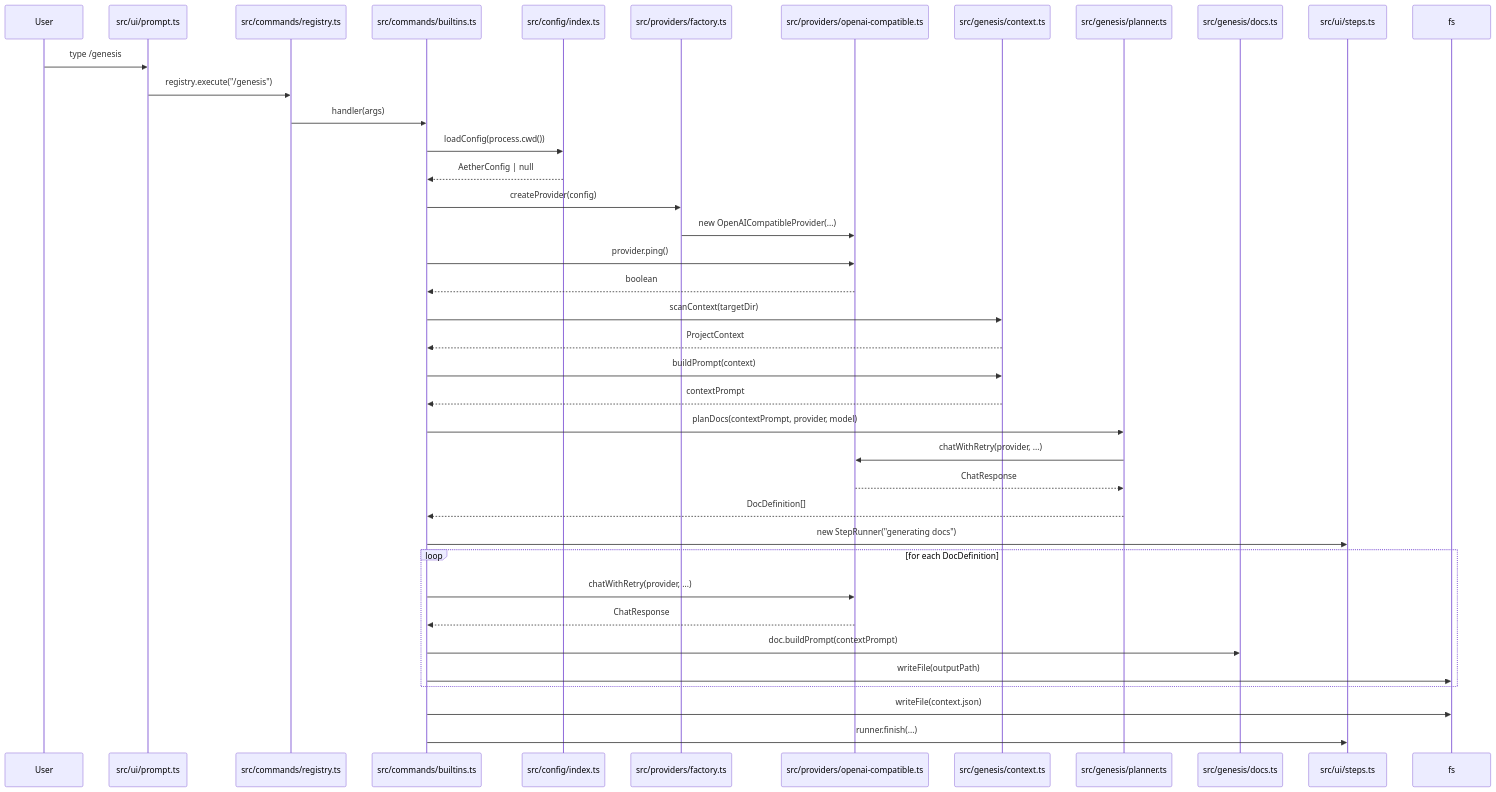
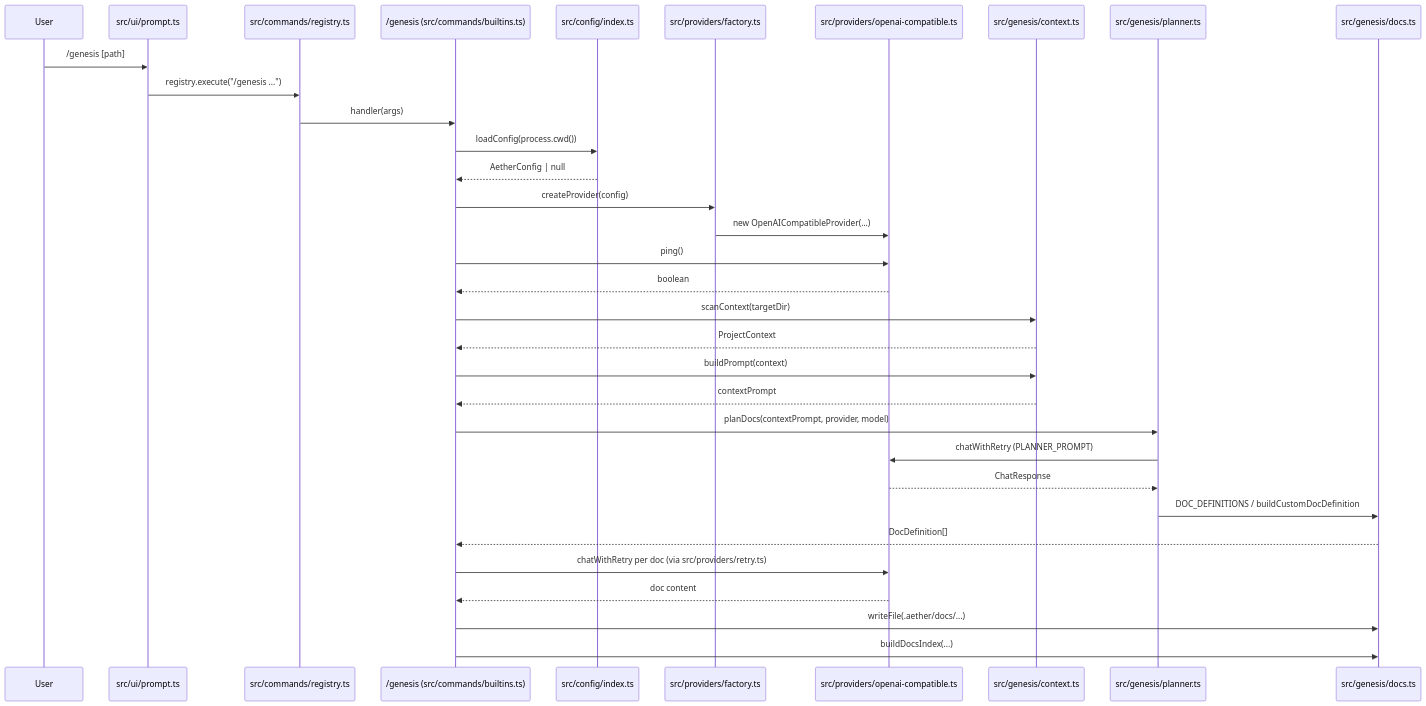
The third of 3 diagrams in .aether/docs/diagrams/system.md (Aether-One/aether), drawn with Mermaid before and after one commit. The commit also changed other lines of this file and 25 other files, not shown here.

````diff
--- a/.aether/docs/diagrams/system.md
+++ b/.aether/docs/diagrams/system.md
@@ -44,41 +48,36 @@
 ```mermaid
 sequenceDiagram
-    participant U as User
-    participant P as src/ui/prompt.ts
-    participant R as src/commands/registry.ts
-    participant B as src/commands/builtins.ts
-    participant C as src/config/index.ts
-    participant PR as src/providers/factory.ts
-    participant O as src/providers/openai-compatible.ts
-    participant G as src/genesis/context.ts
-    participant PL as src/genesis/planner.ts
-    participant D as src/genesis/docs.ts
-    participant S as src/ui/steps.ts
+  participant U as User
+  participant P as src/ui/prompt.ts
+  participant R as src/commands/registry.ts
+  participant B as /genesis (src/commands/builtins.ts)
+  participant C as src/config/index.ts
+  participant F as src/providers/factory.ts
+  participant O as src/providers/openai-compatible.ts
+  participant G as src/genesis/context.ts
+  participant PL as src/genesis/planner.ts
+  participant D as src/genesis/docs.ts
 
-    U->>P: type /genesis
-    P->>R: registry.execute("/genesis")
-    R->>B: handler(args)
-    B->>C: loadConfig(process.cwd())
-    C-->>B: AetherConfig | null
-    B->>PR: createProvider(config)
-    PR->>O: new OpenAICompatibleProvider(...)
-    B->>O: provider.ping()
-    O-->>B: boolean
-    B->>G: scanContext(targetDir)
-    G-->>B: ProjectContext
-    B->>G: buildPrompt(context)
-    G-->>B: contextPrompt
-    B->>PL: planDocs(contextPrompt, provider, model)
-    PL->>O: chatWithRetry(provider, ...)
-    O-->>PL: ChatResponse
-    PL-->>B: DocDefinition[]
-    B->>S: new StepRunner("generating docs")
-    loop for each DocDefinition
-        B->>O: chatWithRetry(provider, ...)
-        O-->>B: ChatResponse
-        B->>D: doc.buildPrompt(contextPrompt)
-        B->>fs: writeFile(outputPath)
-    end
-    B->>fs: writeFile(context.json)
-    B->>S: runner.finish(...)
+  U->>P: /genesis [path]
+  P->>R: registry.execute("/genesis ...")
+  R->>B: handler(args)
+  B->>C: loadConfig(process.cwd())
+  C-->>B: AetherConfig | null
+  B->>F: createProvider(config)
+  F->>O: new OpenAICompatibleProvider(...)
+  B->>O: ping()
+  O-->>B: boolean
+  B->>G: scanContext(targetDir)
+  G-->>B: ProjectContext
+  B->>G: buildPrompt(context)
+  G-->>B: contextPrompt
+  B->>PL: planDocs(contextPrompt, provider, model)
+  PL->>O: chatWithRetry (PLANNER_PROMPT)
+  O-->>PL: ChatResponse
+  PL->>D: DOC_DEFINITIONS / buildCustomDocDefinition
+  D-->>B: DocDefinition[]
+  B->>O: chatWithRetry per doc (via src/providers/retry.ts)
+  O-->>B: doc content
+  B->>D: writeFile(.aether/docs/...)
+  B->>D: buildDocsIndex(...)
 ```
````
